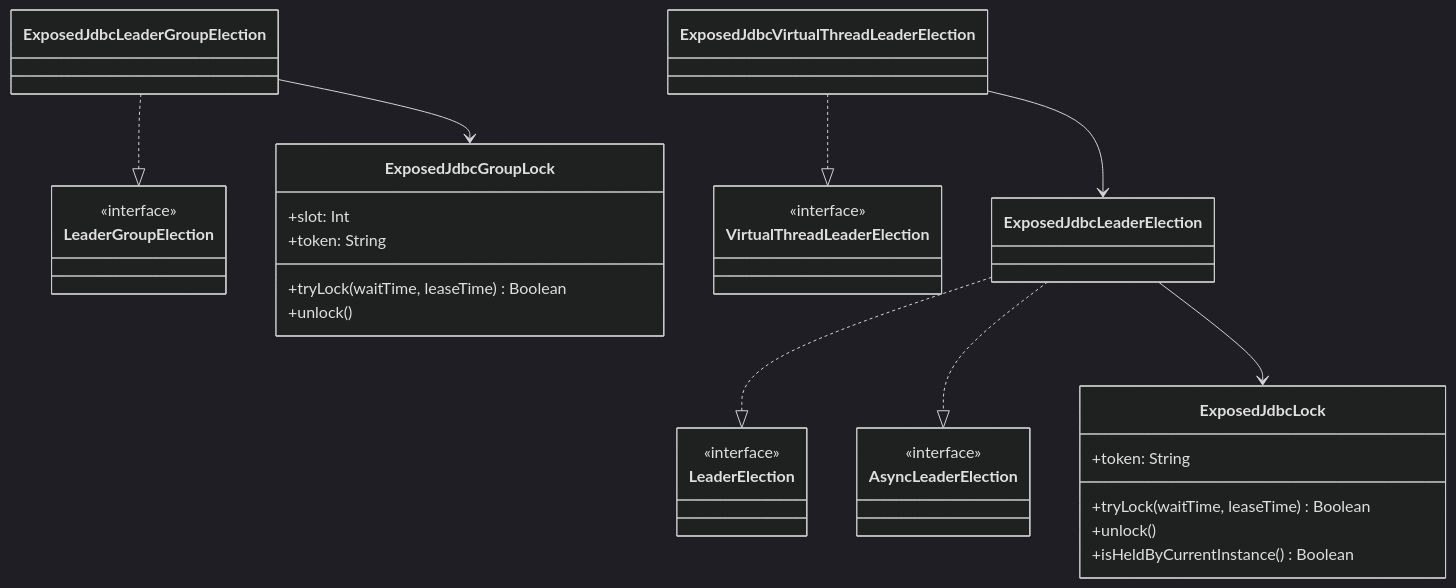
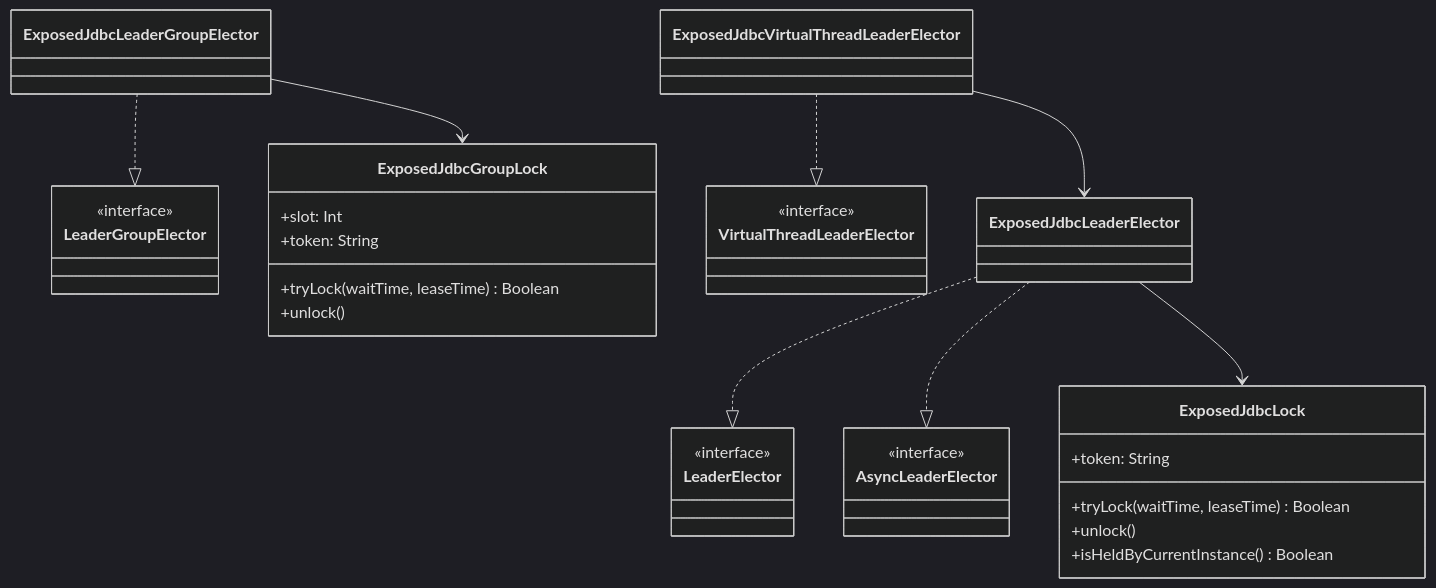
One commit to bluetape4k/bluetape4k-leader changed the diagram in leader-exposed-jdbc/README.ko.md. Above: the diagram before and after it, drawn with Mermaid (dark theme). The commit also changed other lines of this file and 79 other files, not shown here.

First line of the commit message:
docs: #100 LeaderElection → LeaderElector 문서 일괄 업데이트 (#123)

````diff
--- a/leader-exposed-jdbc/README.ko.md
+++ b/leader-exposed-jdbc/README.ko.md
@@ -21,37 +21,37 @@
 ```mermaid
 classDiagram
-    class LeaderElection {
+    class LeaderElector {
         <<interface>>
     }
-    class AsyncLeaderElection {
+    class AsyncLeaderElector {
         <<interface>>
     }
-    class LeaderGroupElection {
+    class LeaderGroupElector {
         <<interface>>
     }
-    class VirtualThreadLeaderElection {
+    class VirtualThreadLeaderElector {
         <<interface>>
     }
 
     class ExposedJdbcLock {
         +tryLock(waitTime, leaseTime) Boolean
         +unlock()
         +isHeldByCurrentInstance() Boolean
         +token: String
     }
     class ExposedJdbcGroupLock {
         +tryLock(waitTime, leaseTime) Boolean
         +unlock()
         +slot: Int
         +token: String
     }
 
-    ExposedJdbcLeaderElection ..|> LeaderElection
-    ExposedJdbcLeaderElection ..|> AsyncLeaderElection
-    ExposedJdbcLeaderGroupElection ..|> LeaderGroupElection
-    ExposedJdbcVirtualThreadLeaderElection ..|> VirtualThreadLeaderElection
+    ExposedJdbcLeaderElector ..|> LeaderElector
+    ExposedJdbcLeaderElector ..|> AsyncLeaderElector
+    ExposedJdbcLeaderGroupElector ..|> LeaderGroupElector
+    ExposedJdbcVirtualThreadLeaderElector ..|> VirtualThreadLeaderElector
 
-    ExposedJdbcLeaderElection --> ExposedJdbcLock
-    ExposedJdbcLeaderGroupElection --> ExposedJdbcGroupLock
-    ExposedJdbcVirtualThreadLeaderElection --> ExposedJdbcLeaderElection
+    ExposedJdbcLeaderElector --> ExposedJdbcLock
+    ExposedJdbcLeaderGroupElector --> ExposedJdbcGroupLock
+    ExposedJdbcVirtualThreadLeaderElector --> ExposedJdbcLeaderElector
 ```
````
